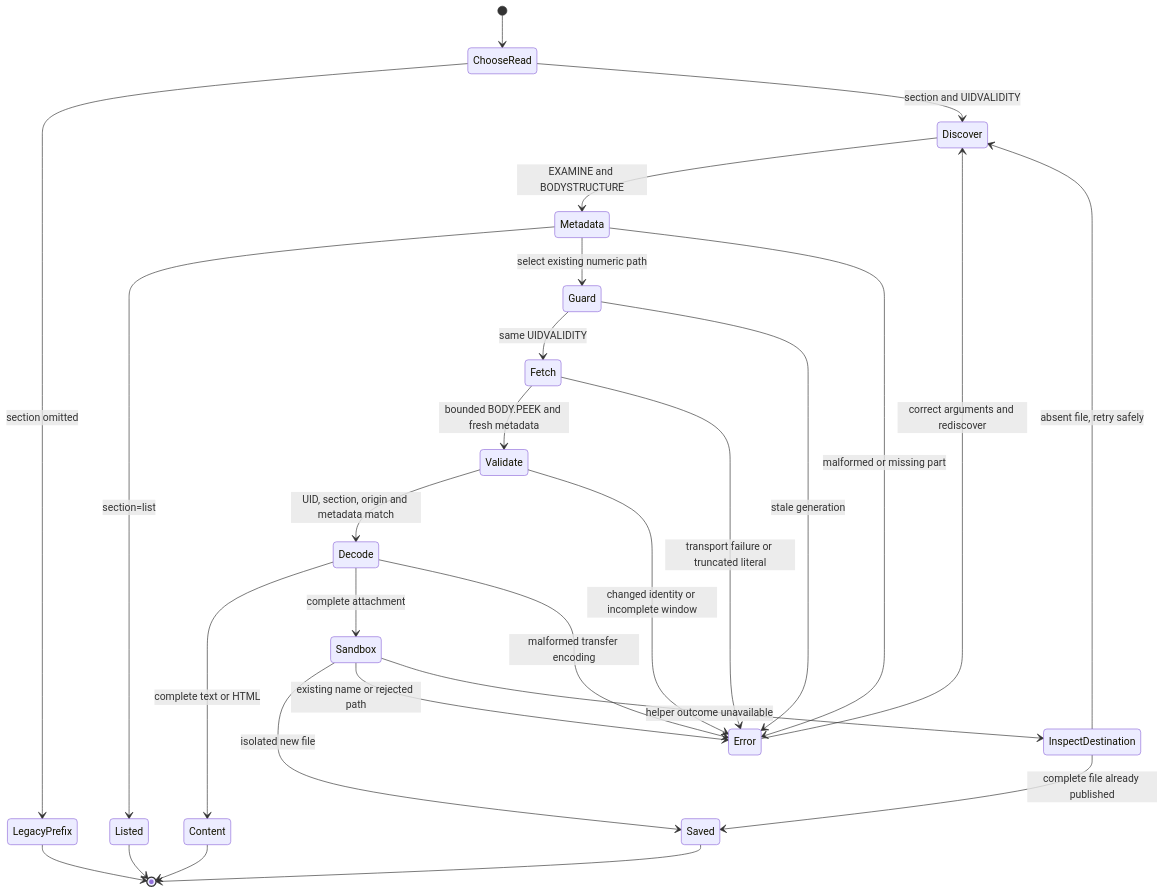
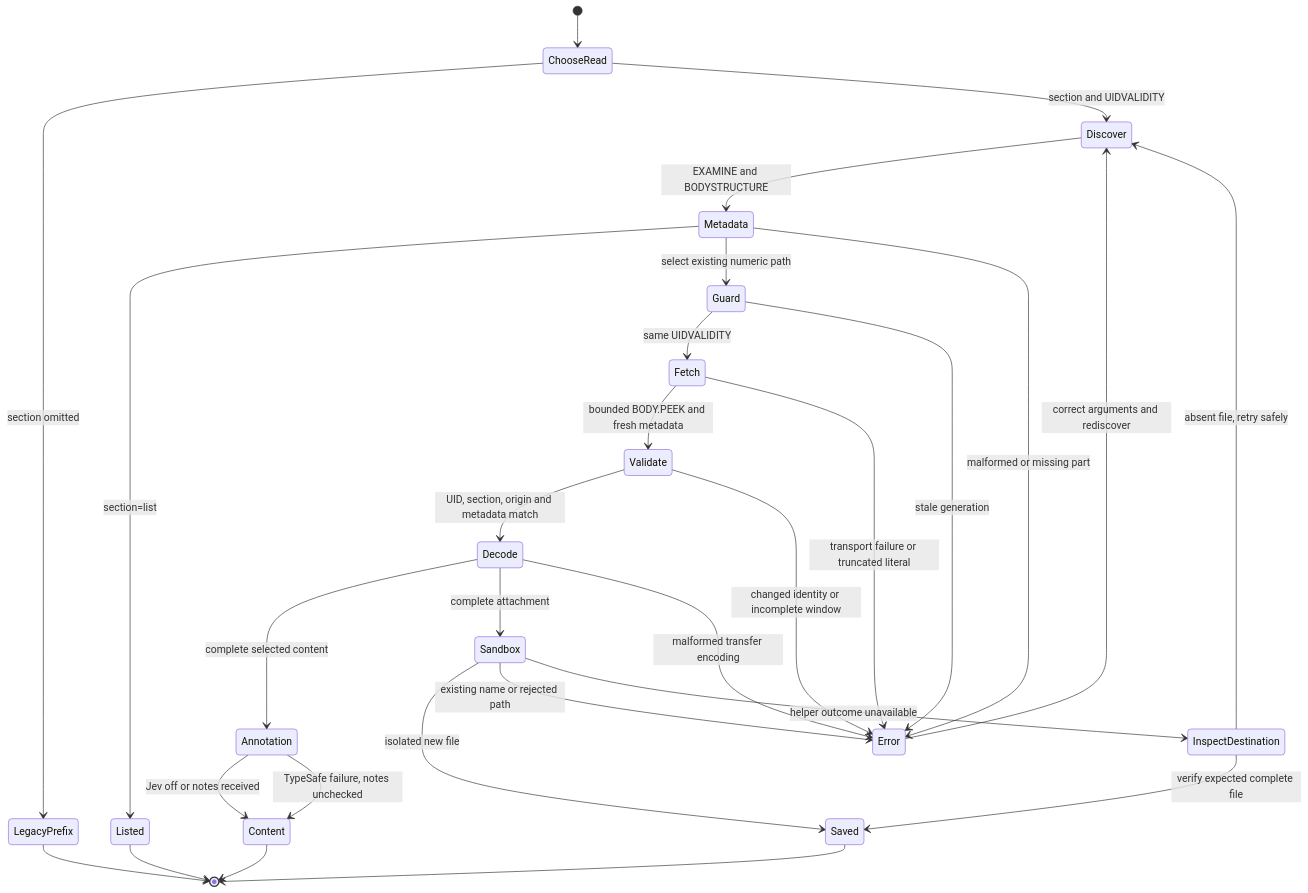
Before and after one commit to albertc71/MailBend: the diagram in docs/plans/2026-10-24-selected-mime-parts.md, drawn with Mermaid. The commit also changed other lines of this file and 15 other files, not shown here.

Commit message:
fix(imap): preserve Jev annotations for selected content

````diff
--- a/docs/plans/2026-10-24-selected-mime-parts.md
+++ b/docs/plans/2026-10-24-selected-mime-parts.md
@@ -45,29 +73,31 @@
 ```mermaid
 stateDiagram-v2
     [*] --> ChooseRead
     ChooseRead --> LegacyPrefix: section omitted
     ChooseRead --> Discover: section and UIDVALIDITY
     Discover --> Metadata: EXAMINE and BODYSTRUCTURE
     Metadata --> Listed: section=list
     Metadata --> Guard: select existing numeric path
     Metadata --> Error: malformed or missing part
     Guard --> Fetch: same UIDVALIDITY
     Guard --> Error: stale generation
     Fetch --> Validate: bounded BODY.PEEK and fresh metadata
     Fetch --> Error: transport failure or truncated literal
     Validate --> Decode: UID, section, origin and metadata match
     Validate --> Error: changed identity or incomplete window
-    Decode --> Content: complete text or HTML
+    Decode --> Annotation: complete selected content
+    Annotation --> Content: Jev off or notes received
+    Annotation --> Content: TypeSafe failure, notes unchecked
     Decode --> Sandbox: complete attachment
     Decode --> Error: malformed transfer encoding
     Sandbox --> Saved: isolated new file
     Sandbox --> Error: existing name or rejected path
     Sandbox --> InspectDestination: helper outcome unavailable
-    InspectDestination --> Saved: complete file already published
+    InspectDestination --> Saved: verify expected complete file
     InspectDestination --> Discover: absent file, retry safely
     Error --> Discover: correct arguments and rediscover
     Listed --> [*]
     Content --> [*]
     Saved --> [*]
     LegacyPrefix --> [*]
 ```
````
